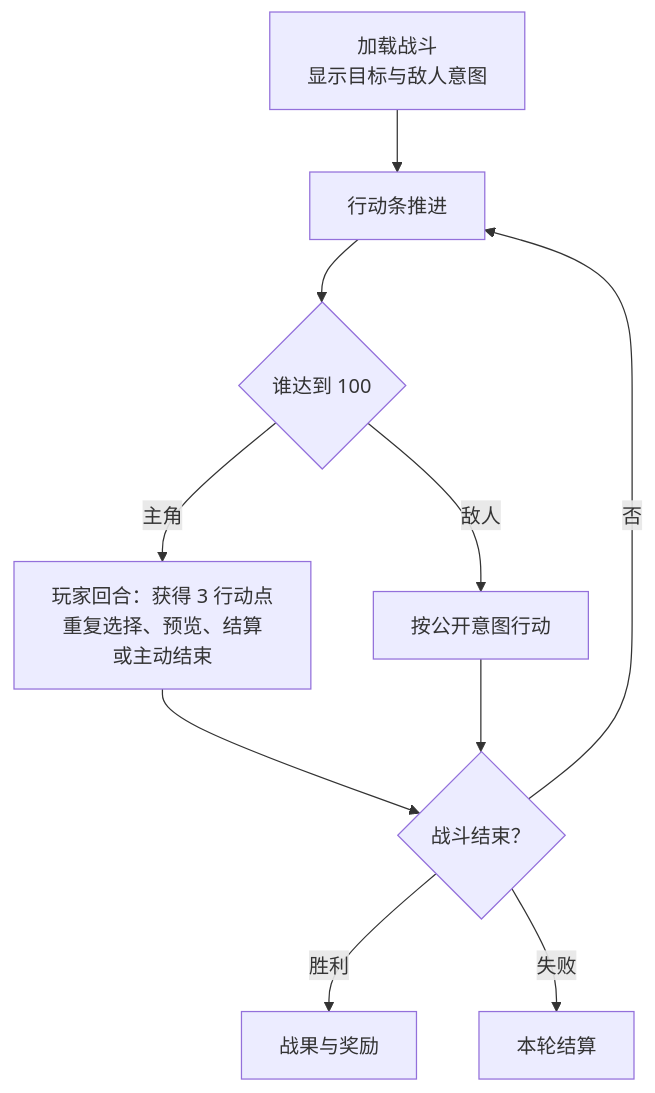
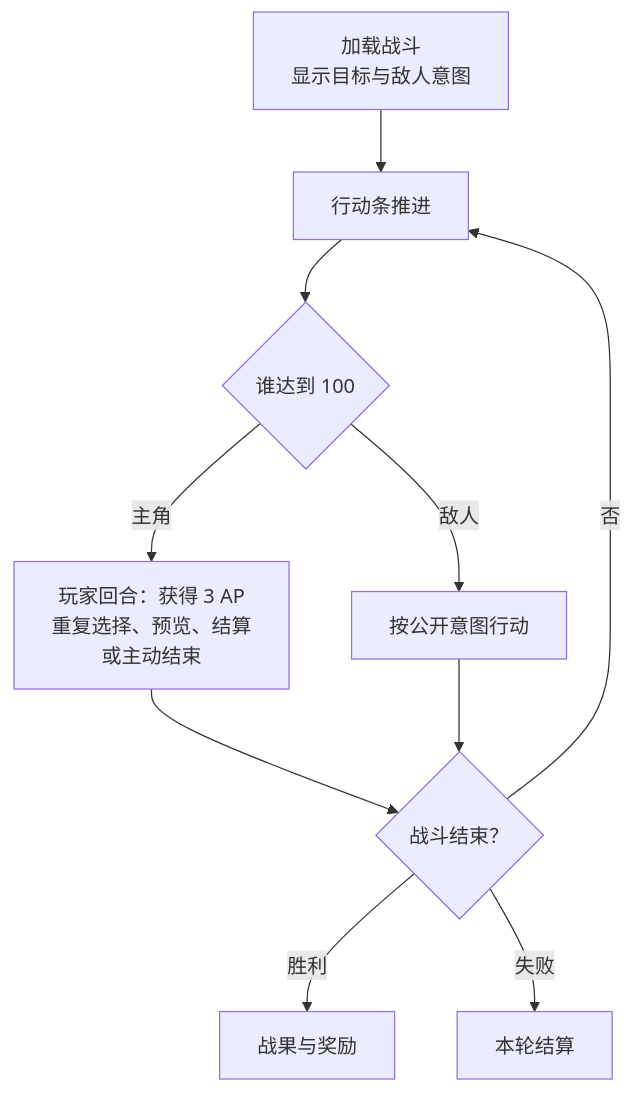
Before and after one commit to whitefool124/ooc: the first of 2 diagrams in Worldbuilding/策划案/OCC_项目总策划案_v1.0.md, drawn with Mermaid. The commit also changed other lines of this file and 2817 other files, not shown here.

````diff
--- a/Worldbuilding/策划案/OCC_项目总策划案_v1.0.md
+++ b/Worldbuilding/策划案/OCC_项目总策划案_v1.0.md
@@ -341,15 +375,15 @@
 ```mermaid
 flowchart TD
     A[加载战斗
 显示目标与敌人意图] --> B[行动条推进]
     B --> C{谁达到 100}
-    C -->|主角| D[玩家回合：获得 3 行动点
+    C -->|主角| D[玩家回合：获得 3 AP
 重复选择、预览、结算
 或主动结束]
     C -->|敌人| E[按公开意图行动]
     D --> F{战斗结束？}
     E --> F
     F -->|否| B
     F -->|胜利| G[战果与奖励]
     F -->|失败| H[本轮结算]
 ```
````
